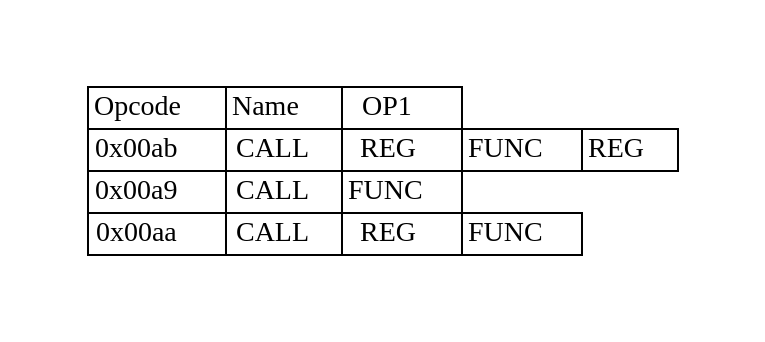
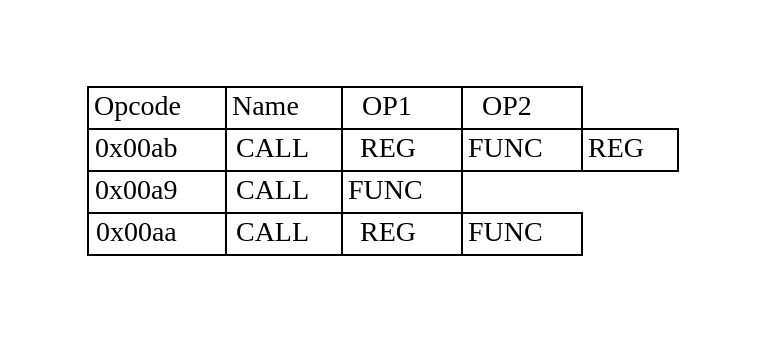
Before and after one commit to adesutherland/CREXX: the diagram in docs/books/crexx_vm_spec/svg/call.gv, drawn with Graphviz. The commit also changed 207 other files, not shown here.

```diff
--- a/docs/books/crexx_vm_spec/svg/call.gv
+++ b/docs/books/crexx_vm_spec/svg/call.gv
@@ -1,11 +1,11 @@
 digraph{
 graph [pad="0.5", nodesep="0.5", ranksep="2" ]
 node[shape=plain]
 Foo [label=<
 <table border="0" cellborder="1" cellspacing="0">
-<tr><td> Opcode </td> <td> Name </td> <td> OP1 </td> </tr>
+<tr><td> Opcode </td> <td> Name </td> <td> OP1 </td><td> OP2 </td> </tr>
 <tr><td> 0x00ab </td><td> CALL </td><td> REG </td><td> FUNC </td><td> REG </td> </tr>
 <tr><td> 0x00a9 </td><td> CALL </td><td> FUNC </td> </tr>
 <tr><td> 0x00aa </td><td> CALL </td><td> REG </td><td> FUNC </td> </tr>
 </table>>];
 }
```
